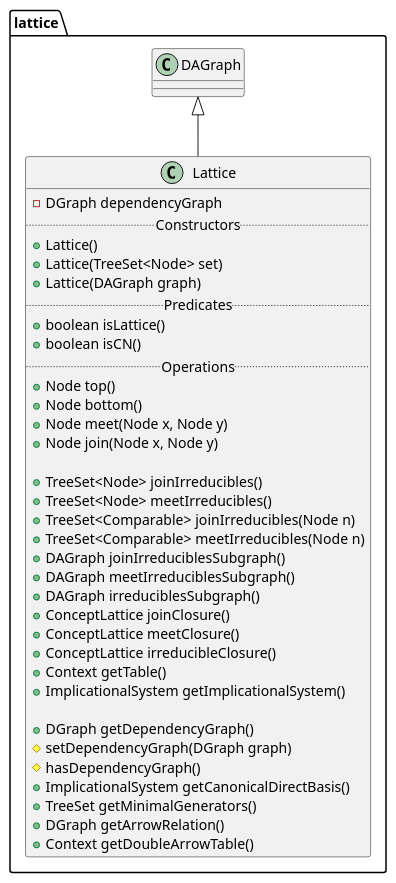
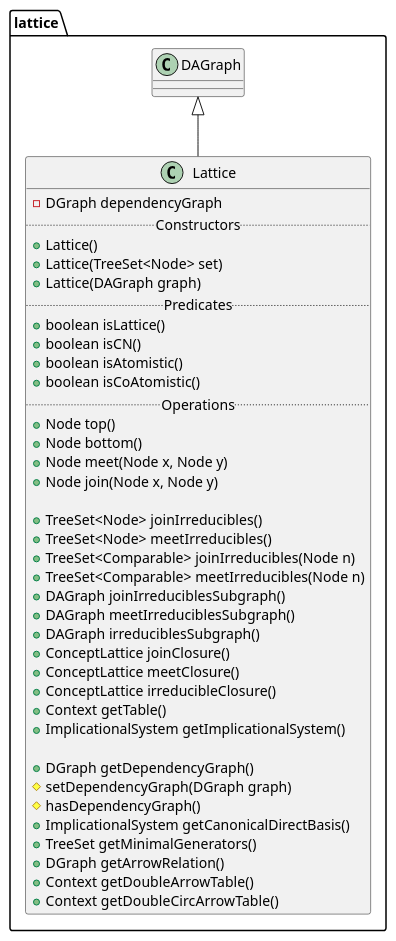
One commit to thegalactic/java-lattices changed the diagram in src/lattice/Lattice.iuml. Above: the diagram before and after it, drawn with PlantUML. The commit also changed 3 other files, not shown here.

First line of the commit message:
Add getDoubleCircArrowTable, isAtomistic, isCoAtomistic

```diff
--- a/src/lattice/Lattice.iuml
+++ b/src/lattice/Lattice.iuml
@@ -1,40 +1,43 @@
 package lattice {
     class Lattice {
         -DGraph dependencyGraph
         .. Constructors ..
         +Lattice()
         +Lattice(TreeSet<Node> set)
         +Lattice(DAGraph graph)
         .. Predicates ..
         +boolean isLattice()
-        +boolean isCN() 
+        +boolean isCN()
+        +boolean isAtomistic()
+        +boolean isCoAtomistic()
         .. Operations ..
         +Node top()
         +Node bottom()
         +Node meet(Node x, Node y)
         +Node join(Node x, Node y)
 
         +TreeSet<Node> joinIrreducibles()
         +TreeSet<Node> meetIrreducibles()
         +TreeSet<Comparable> joinIrreducibles(Node n)
         +TreeSet<Comparable> meetIrreducibles(Node n)
         +DAGraph joinIrreduciblesSubgraph()
         +DAGraph meetIrreduciblesSubgraph()
         +DAGraph irreduciblesSubgraph()
         +ConceptLattice joinClosure()
         +ConceptLattice meetClosure()
         +ConceptLattice irreducibleClosure()
         +Context getTable()
         +ImplicationalSystem getImplicationalSystem()
 
         +DGraph getDependencyGraph()
         #setDependencyGraph(DGraph graph)
         #hasDependencyGraph()
         +ImplicationalSystem getCanonicalDirectBasis()
         +TreeSet getMinimalGenerators()
         +DGraph getArrowRelation()
         +Context getDoubleArrowTable()
+        +Context getDoubleCircArrowTable()
     }
 
     DAGraph <|-- Lattice
 }
```
